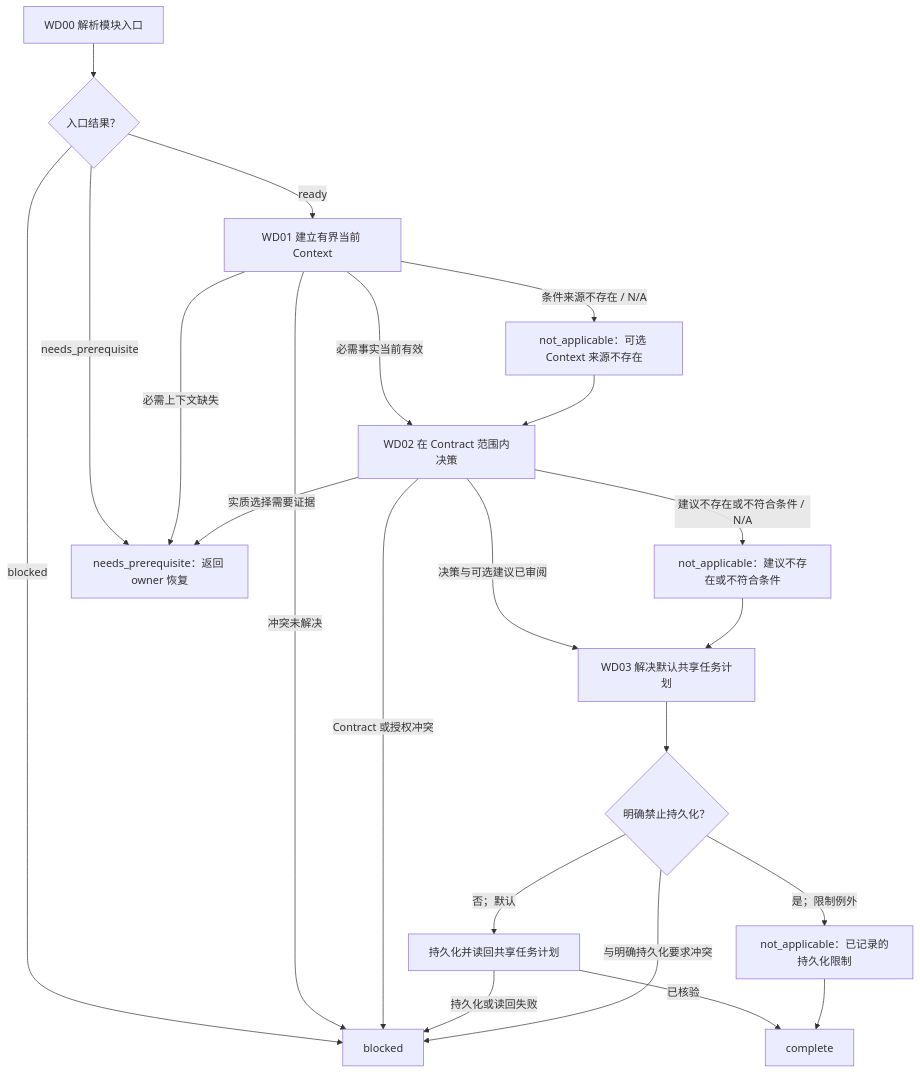
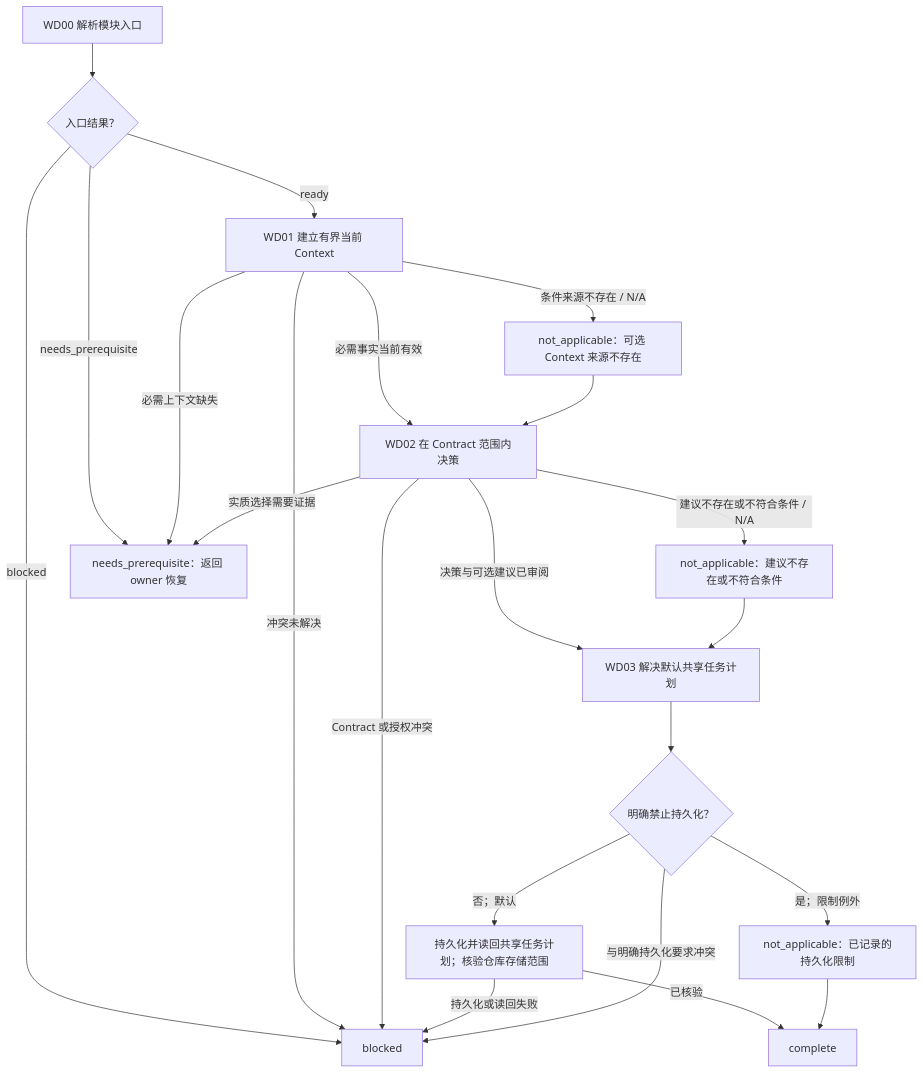
The diagram in references/coding/layer-04-workflows/modules/work-definition_zh_cn.md (john-z-huang/token-io-decoupling), drawn with Mermaid before and after one commit. The commit also changed other lines of this file and 29 other files, not shown here.

````diff
--- a/references/coding/layer-04-workflows/modules/work-definition_zh_cn.md
+++ b/references/coding/layer-04-workflows/modules/work-definition_zh_cn.md
@@ -18,37 +18,37 @@
 ```mermaid
 flowchart TD
     WD00["WD00 解析模块入口"]
     D_ENTRY{"入口结果？"}
     WD01["WD01 建立有界当前 Context"]
     WD02["WD02 在 Contract 范围内决策"]
     WD03["WD03 解决默认共享任务计划"]
     D_PLAN{"明确禁止持久化？"}
-    WD_PLAN["持久化并读回共享任务计划"]
+    WD_PLAN["持久化并读回共享任务计划；核验仓库存储范围"]
     WD_DONE["complete"]
     WD_CONTEXT_NA["not_applicable：可选 Context 来源不存在"]
     WD_ADVICE_NA["not_applicable：建议不存在或不符合条件"]
     WD_PLAN_NA["not_applicable：已记录的持久化限制"]
     WD_NEEDS["needs_prerequisite：返回 owner 恢复"]
     WD_BLOCK["blocked"]
     WD00 --> D_ENTRY
     D_ENTRY -- ready --> WD01
     D_ENTRY -- needs_prerequisite --> WD_NEEDS
     D_ENTRY -- blocked --> WD_BLOCK
     WD01 -- 必需事实当前有效 --> WD02
     WD01 -- 条件来源不存在 / N/A --> WD_CONTEXT_NA
     WD_CONTEXT_NA --> WD02
     WD01 -- 必需上下文缺失 --> WD_NEEDS
     WD01 -- 冲突未解决 --> WD_BLOCK
     WD02 -- 决策与可选建议已审阅 --> WD03
     WD02 -- 建议不存在或不符合条件 / N/A --> WD_ADVICE_NA
     WD_ADVICE_NA --> WD03
     WD02 -- 实质选择需要证据 --> WD_NEEDS
     WD02 -- Contract 或授权冲突 --> WD_BLOCK
     WD03 --> D_PLAN
     D_PLAN -- 否；默认 --> WD_PLAN
     WD_PLAN -- 已核验 --> WD_DONE
     WD_PLAN -- 持久化或读回失败 --> WD_BLOCK
     D_PLAN -- 是；限制例外 --> WD_PLAN_NA
     D_PLAN -- 与明确持久化要求冲突 --> WD_BLOCK
     WD_PLAN_NA --> WD_DONE
 ```
````
